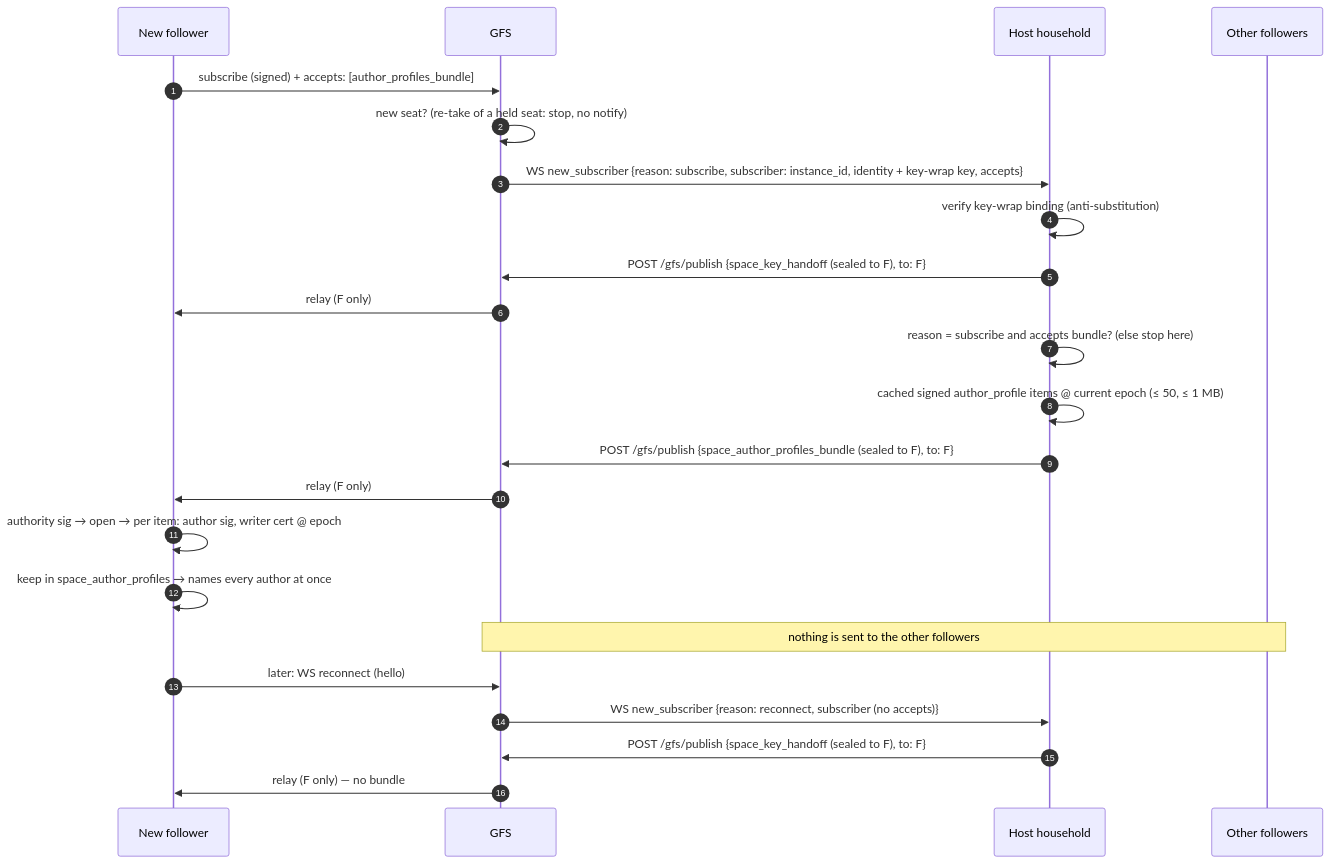
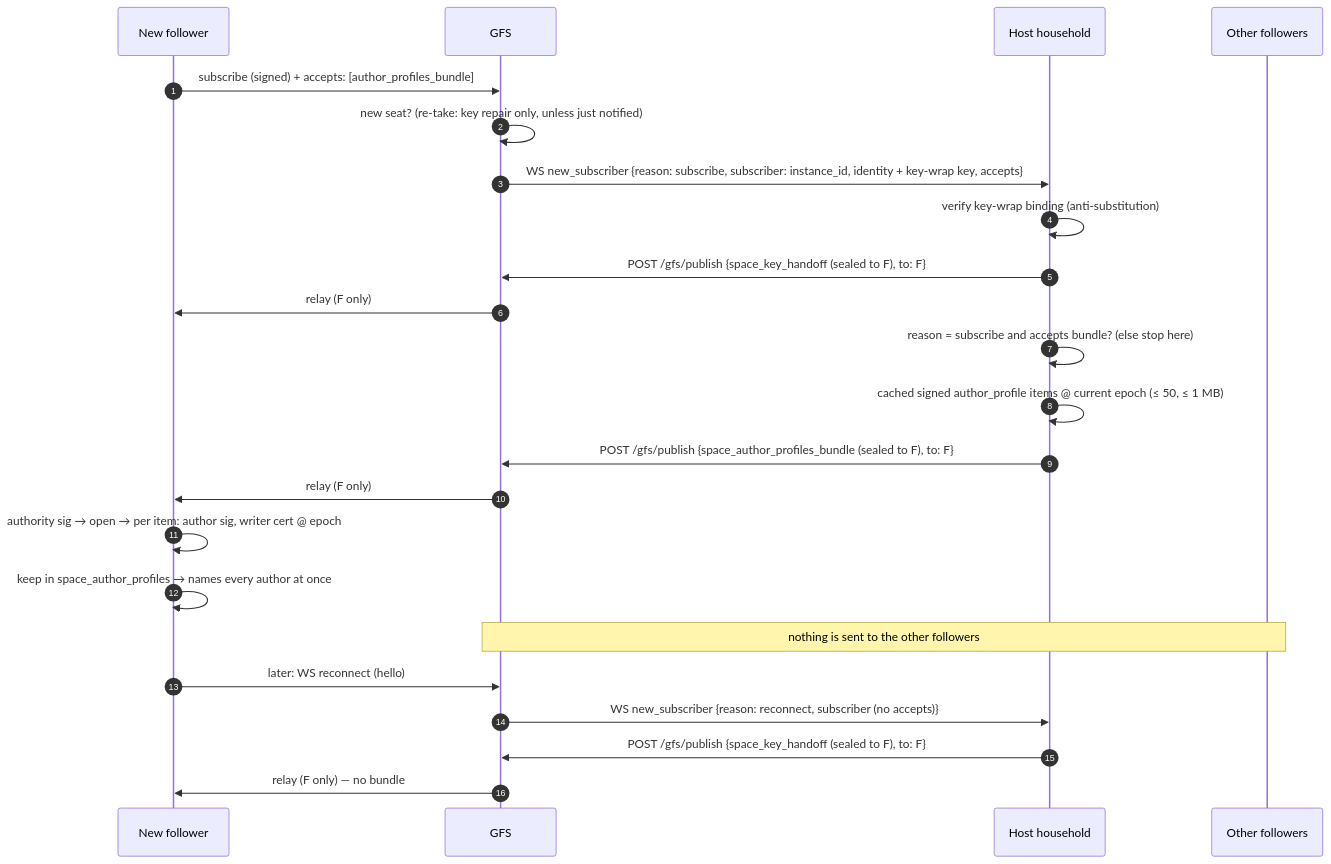
The seventh of 13 diagrams in docs/protocol/discovery.md (social-home-io/socialhome), drawn with Mermaid before and after one commit. The commit also changed other lines of this file and 4 other files, not shown here.

Commit message:
Docs: seat re-take key repair, churn guards, one-time best-effort bundle, cost math

````diff
--- a/docs/protocol/discovery.md
+++ b/docs/protocol/discovery.md
@@ -1669,26 +1697,26 @@
 ```mermaid
 sequenceDiagram
   autonumber
   participant F as New follower
   participant G as GFS
   participant H as Host household
   participant O as Other followers
 
   F->>G: subscribe (signed) + accepts: [author_profiles_bundle]
-  G->>G: new seat? (re-take of a held seat: stop, no notify)
+  G->>G: new seat? (re-take: key repair only, unless just notified)
   G->>H: WS new_subscriber {reason: subscribe, subscriber: instance_id, identity + key-wrap key, accepts}
   H->>H: verify key-wrap binding (anti-substitution)
   H->>G: POST /gfs/publish {space_key_handoff (sealed to F), to: F}
   G->>F: relay (F only)
   H->>H: reason = subscribe and accepts bundle? (else stop here)
   H->>H: cached signed author_profile items @ current epoch (≤ 50, ≤ 1 MB)
   H->>G: POST /gfs/publish {space_author_profiles_bundle (sealed to F), to: F}
   G->>F: relay (F only)
   F->>F: authority sig → open → per item: author sig, writer cert @ epoch
   F->>F: keep in space_author_profiles → names every author at once
   Note over G,O: nothing is sent to the other followers
   F->>G: later: WS reconnect (hello)
   G->>H: WS new_subscriber {reason: reconnect, subscriber (no accepts)}
   H->>G: POST /gfs/publish {space_key_handoff (sealed to F), to: F}
   G->>F: relay (F only) — no bundle
 ```
````
